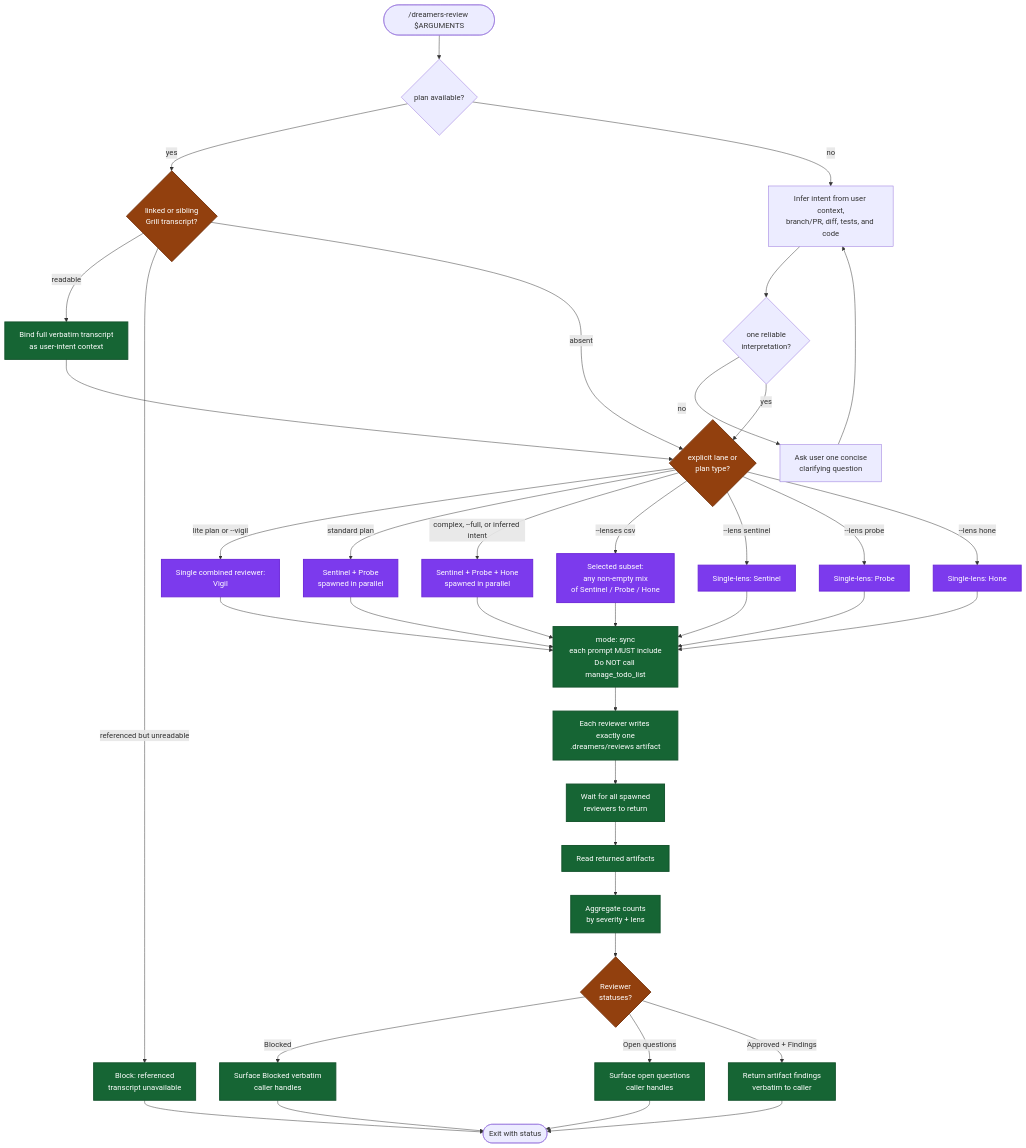
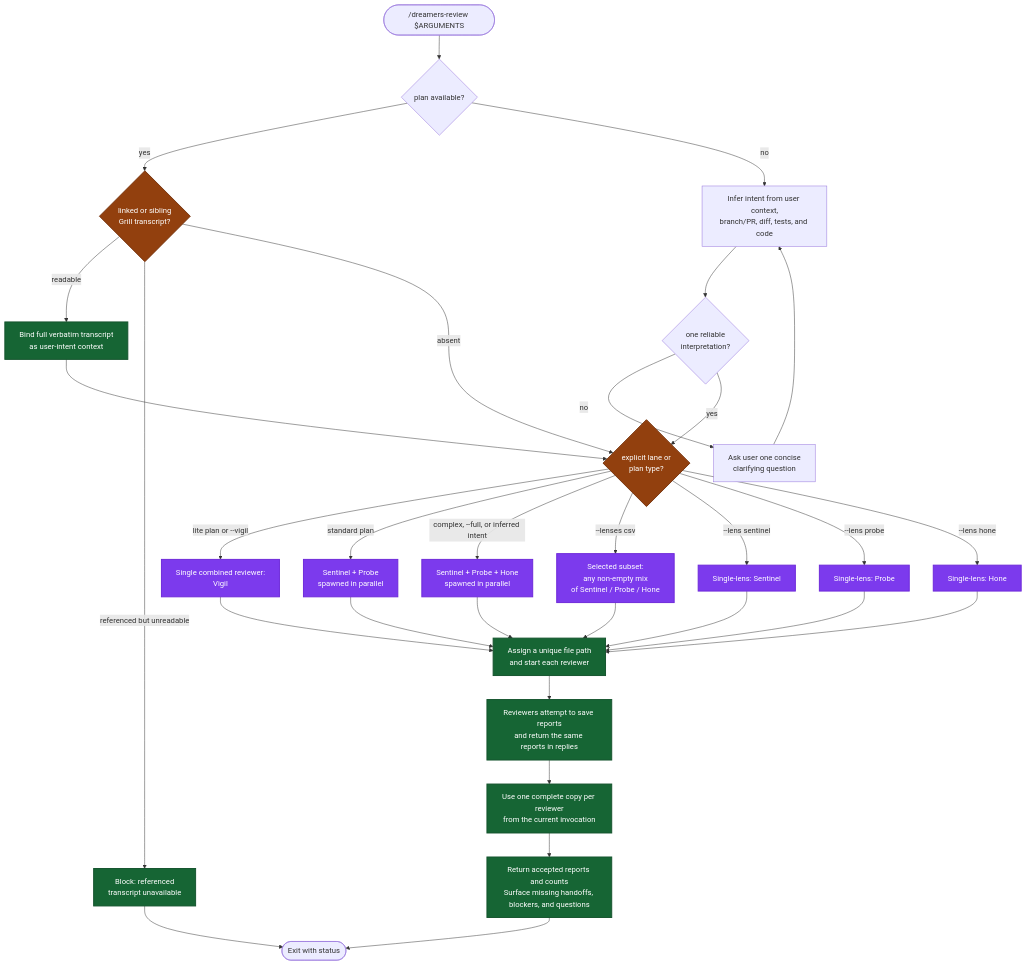
Before and after one commit to mrStorrs/dreamers-copilot: the diagram in .github/skills/dreamers-review/readme.md, drawn with Mermaid. The commit also changed other lines of this file and 35 other files, not shown here.

Commit message:
fix: accept complete Dreamers reviewer handoffs from either channel

````diff
--- a/.github/skills/dreamers-review/readme.md
+++ b/.github/skills/dreamers-review/readme.md
@@ -5,53 +5,44 @@
 ```mermaid
 flowchart TD
     Start(["/dreamers-review $ARGUMENTS"]) --> Basis{"plan available?"}
     Basis -->|yes| Transcript{"linked or sibling<br/>Grill transcript?"}
     Transcript -->|readable| BindTranscript["Bind full verbatim transcript<br/>as user-intent context"]
     Transcript -->|referenced but unreadable| BlockTranscript["Block: referenced<br/>transcript unavailable"]
     Transcript -->|absent| ModeCheck{"explicit lane or<br/>plan type?"}
     BindTranscript --> ModeCheck
     BlockTranscript --> End
     Basis -->|no| Infer["Infer intent from user context,<br/>branch/PR, diff, tests, and code"]
     Infer --> Clear{"one reliable<br/>interpretation?"}
     Clear -->|no| Ask["Ask user one concise<br/>clarifying question"]
     Ask --> Infer
     Clear -->|yes| ModeCheck
 
     ModeCheck -->|lite plan or --vigil| Vigil["Single combined reviewer:<br/>Vigil"]
     ModeCheck -->|standard plan| Standard["Sentinel + Probe<br/>spawned in parallel"]
     ModeCheck -->|complex, --full, or inferred intent| Triad["Sentinel + Probe + Hone<br/>spawned in parallel"]
     ModeCheck -->|--lenses csv| Selected["Selected subset:<br/>any non-empty mix<br/>of Sentinel / Probe / Hone"]
     ModeCheck -->|--lens sentinel| LensS["Single-lens: Sentinel"]
     ModeCheck -->|--lens probe| LensP["Single-lens: Probe"]
     ModeCheck -->|--lens hone| LensH["Single-lens: Hone"]
 
-    Triad --> Spawn["mode: sync<br/>each prompt MUST include<br/>Do NOT call manage_todo_list"]
+    Triad --> Spawn["Assign a unique file path<br/>and start each reviewer"]
     Standard --> Spawn
     Vigil --> Spawn
     Selected --> Spawn
     LensS --> Spawn
     LensP --> Spawn
     LensH --> Spawn
 
-    Spawn --> WriteArtifact["Each reviewer writes exactly one<br/>.dreamers/reviews artifact"]
-    WriteArtifact --> Wait["Wait for all spawned<br/>reviewers to return"]
-    Wait --> Collect["Read returned artifacts"]
-    Collect --> Aggregate["Aggregate counts<br/>by severity + lens"]
-    Aggregate --> CheckStatus{"Reviewer<br/>statuses?"}
-
-    CheckStatus -->|Blocked| Surface1["Surface Blocked verbatim<br/>caller handles"]
-    CheckStatus -->|Open questions| Surface2["Surface open questions<br/>caller handles"]
-    CheckStatus -->|Approved + Findings| Report["Return artifact findings<br/>verbatim to caller"]
-
-    Surface1 --> End(["Exit with status"])
-    Surface2 --> End
-    Report --> End
+    Spawn --> Deliver["Reviewers attempt to save reports<br/>and return the same reports in replies"]
+    Deliver --> Collect["Use one complete copy per reviewer<br/>from the current invocation"]
+    Collect --> Report["Return accepted reports and counts<br/>Surface missing handoffs, blockers, and questions"]
+    Report --> End(["Exit with status"])
 
     classDef gate fill:#92400e,stroke:#78350f,stroke-width:2px,color:#fff
     classDef phase fill:#166534,stroke:#14532d,stroke-width:2px,color:#fff
     classDef agent fill:#7c3aed,stroke:#6d28d9,stroke-width:2px,color:#fff
 
-    class Transcript,ModeCheck,CheckStatus gate
+    class Transcript,ModeCheck gate
     class Triad,Standard,Vigil,Selected,LensS,LensP,LensH agent
-    class BindTranscript,BlockTranscript,Spawn,WriteArtifact,Wait,Collect,Aggregate,Surface1,Surface2,Report phase
+    class BindTranscript,BlockTranscript,Spawn,Deliver,Collect,Report phase
 ```
````
